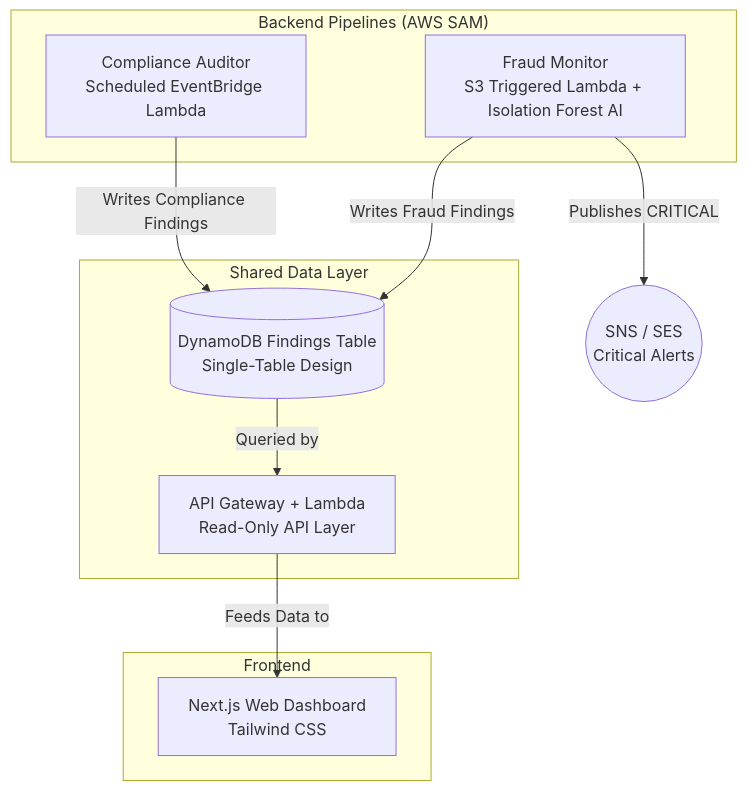
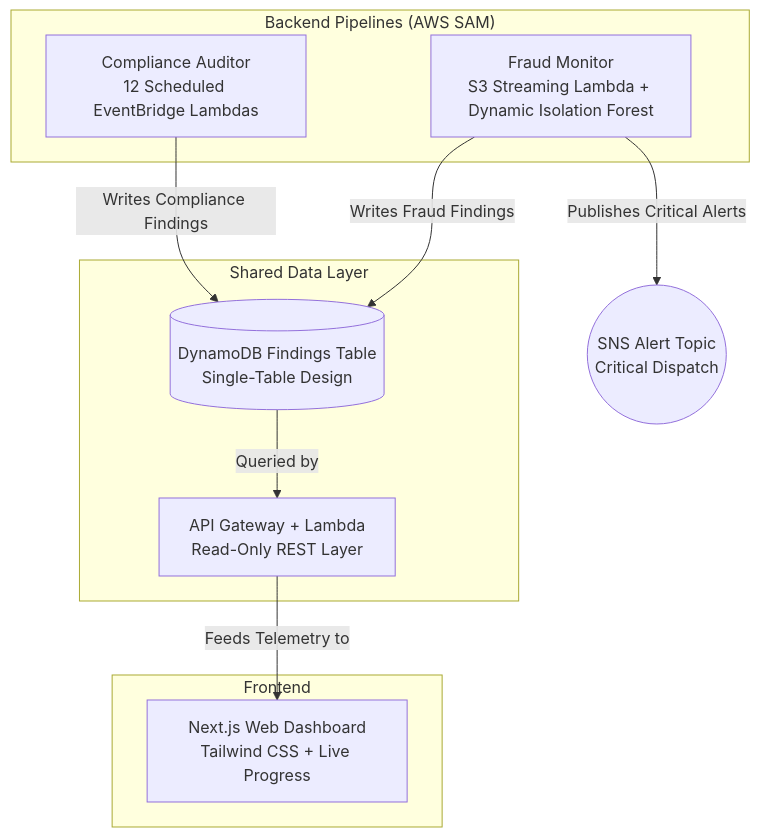
The diagram in README.md (theimaginaryangel/bankguard), drawn with Mermaid before and after one commit. The commit also changed other lines of this file and 6 other files, not shown here.

````diff
--- a/README.md
+++ b/README.md
@@ -13,25 +13,25 @@
 ```mermaid
 graph TD
     subgraph "Backend Pipelines (AWS SAM)"
-        A[Compliance Auditor<br>Scheduled EventBridge Lambda]
-        B[Fraud Monitor<br>S3 Triggered Lambda + Isolation Forest AI]
+        A[Compliance Auditor<br>12 Scheduled EventBridge Lambdas]
+        B[Fraud Monitor<br>S3 Streaming Lambda + Dynamic Isolation Forest]
     end
 
     subgraph "Shared Data Layer"
         C[(DynamoDB Findings Table<br>Single-Table Design)]
-        D[API Gateway + Lambda<br>Read-Only API Layer]
+        D[API Gateway + Lambda<br>Read-Only REST Layer]
     end
 
     subgraph "Frontend"
-        E[Next.js Web Dashboard<br>Tailwind CSS]
+        E[Next.js Web Dashboard<br>Tailwind CSS + Live Progress]
     end
     
-    F((SNS / SES<br>Critical Alerts))
+    F((SNS Alert Topic<br>Critical Dispatch))
 
     A -->|Writes Compliance Findings| C
     B -->|Writes Fraud Findings| C
-    B -->|Publishes CRITICAL| F
+    B -->|Publishes Critical Alerts| F
     
     C -->|Queried by| D
-    D -->|Feeds Data to| E
+    D -->|Feeds Telemetry to| E
 ```
````
